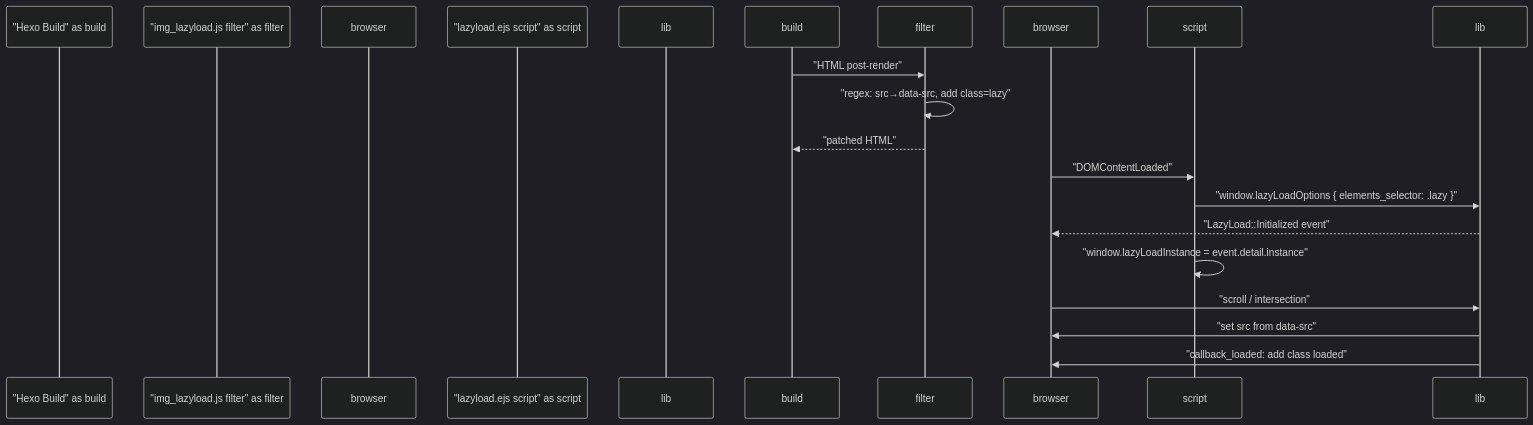
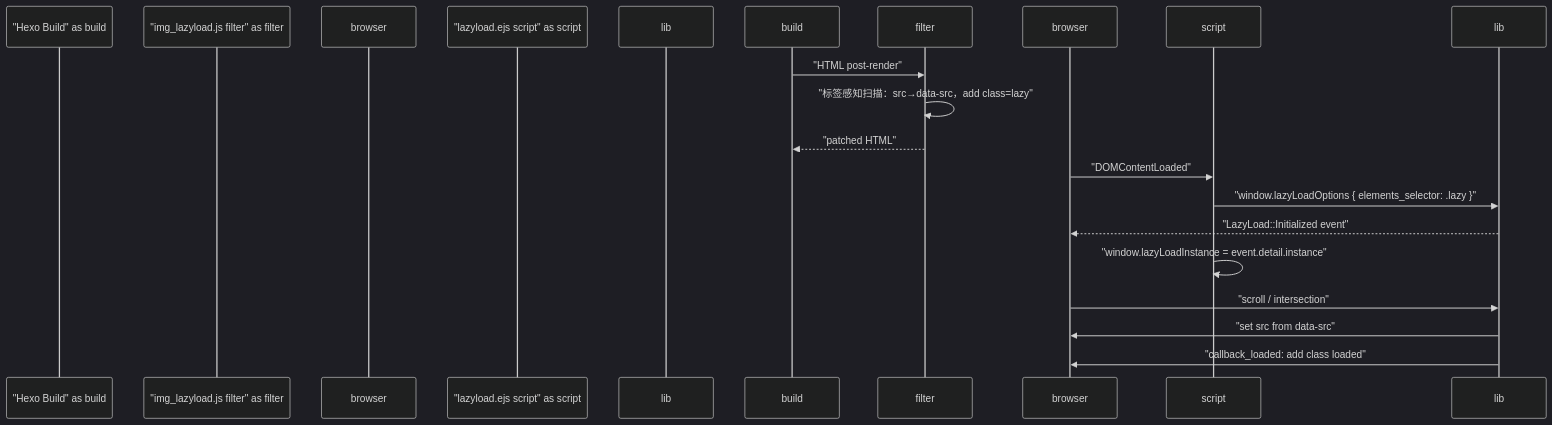
The second of 3 diagrams in themes/stellar/docs/knowledge/09-高级主题/performance.md (penndu/hexo), drawn with Mermaid (dark theme) before and after one commit. The commit also changed other lines of this file and 31 other files, not shown here.

````diff
--- a/themes/stellar/docs/knowledge/09-高级主题/performance.md
+++ b/themes/stellar/docs/knowledge/09-高级主题/performance.md
@@ -90,19 +90,19 @@
 ```mermaid
 sequenceDiagram
   participant "Hexo Build" as build
   participant "img_lazyload.js filter" as filter
   participant "Browser" as browser
   participant "lazyload.ejs script" as script
   participant "vanilla-lazyload" as lib
 
   build->>filter: "HTML post-render"
-  filter->>filter: "regex: src→data-src, add class=lazy"
+  filter->>filter: "标签感知扫描：src→data-src，add class=lazy"
   filter-->>build: "patched HTML"
   browser->>script: "DOMContentLoaded"
   script->>lib: "window.lazyLoadOptions { elements_selector: .lazy }"
   lib-->>browser: "LazyLoad::Initialized event"
   script->>script: "window.lazyLoadInstance = event.detail.instance"
   browser->>lib: "scroll / intersection"
   lib->>browser: "set src from data-src"
   lib->>browser: "callback_loaded: add class loaded"
 ```
````
